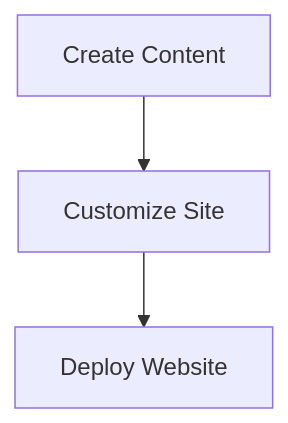
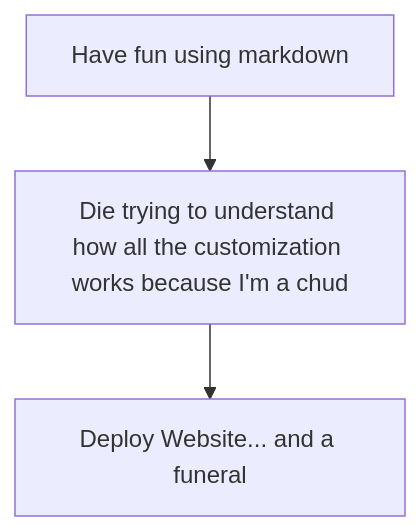
The diagram in docusaurus-assignment/docs/about.md (clowXIV/docusaurus-assignment), drawn with Mermaid before and after one commit.

Commit message:
Update about.md
Updated Mermaid diagram to have more relevant commentary

````diff
--- a/docusaurus-assignment/docs/about.md
+++ b/docusaurus-assignment/docs/about.md
@@ -29,5 +29,5 @@
 ```mermaid
 graph TD
-A[Create Content] --> B[Customize Site]
-B --> C[Deploy Website]
+A[Have fun using markdown] --> B[Die trying to understand how all the customization works because I'm a chud]
+B --> C[Deploy Website... and a funeral]
 ```
````
